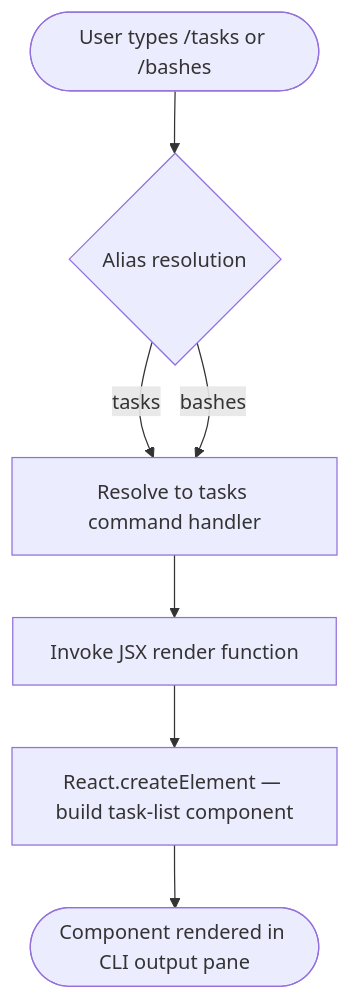
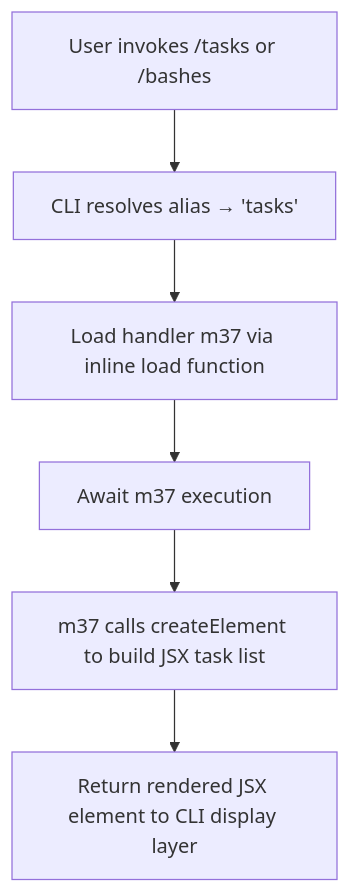
Before and after one commit to MyLittleLuckyDog/cc-gnothi: the diagram in versions/v2.1.133/tasks.md, drawn with Mermaid. The commit also changed other lines of this file and 95 other files, not shown here.

````diff
--- a/versions/v2.1.133/tasks.md
+++ b/versions/v2.1.133/tasks.md
@@ -46,9 +60,8 @@
 ```mermaid
 flowchart TD
-    A([User types /tasks or /bashes]) --> B{Alias resolution}
-    B -->|"tasks"| C[Resolve to tasks command handler]
-    B -->|"bashes"| C
-    C --> D[Invoke JSX render function]
-    D --> E[React.createElement — build task-list component]
-    E --> F([Component rendered in CLI output pane])
+    A[User invokes /tasks or /bashes] --> B[CLI resolves alias → 'tasks']
+    B --> C[Load handler m37 via inline load function]
+    C --> D[Await m37 execution]
+    D --> E[m37 calls createElement to build JSX task list]
+    E --> F[Return rendered JSX element to CLI display layer]
 ```
````
